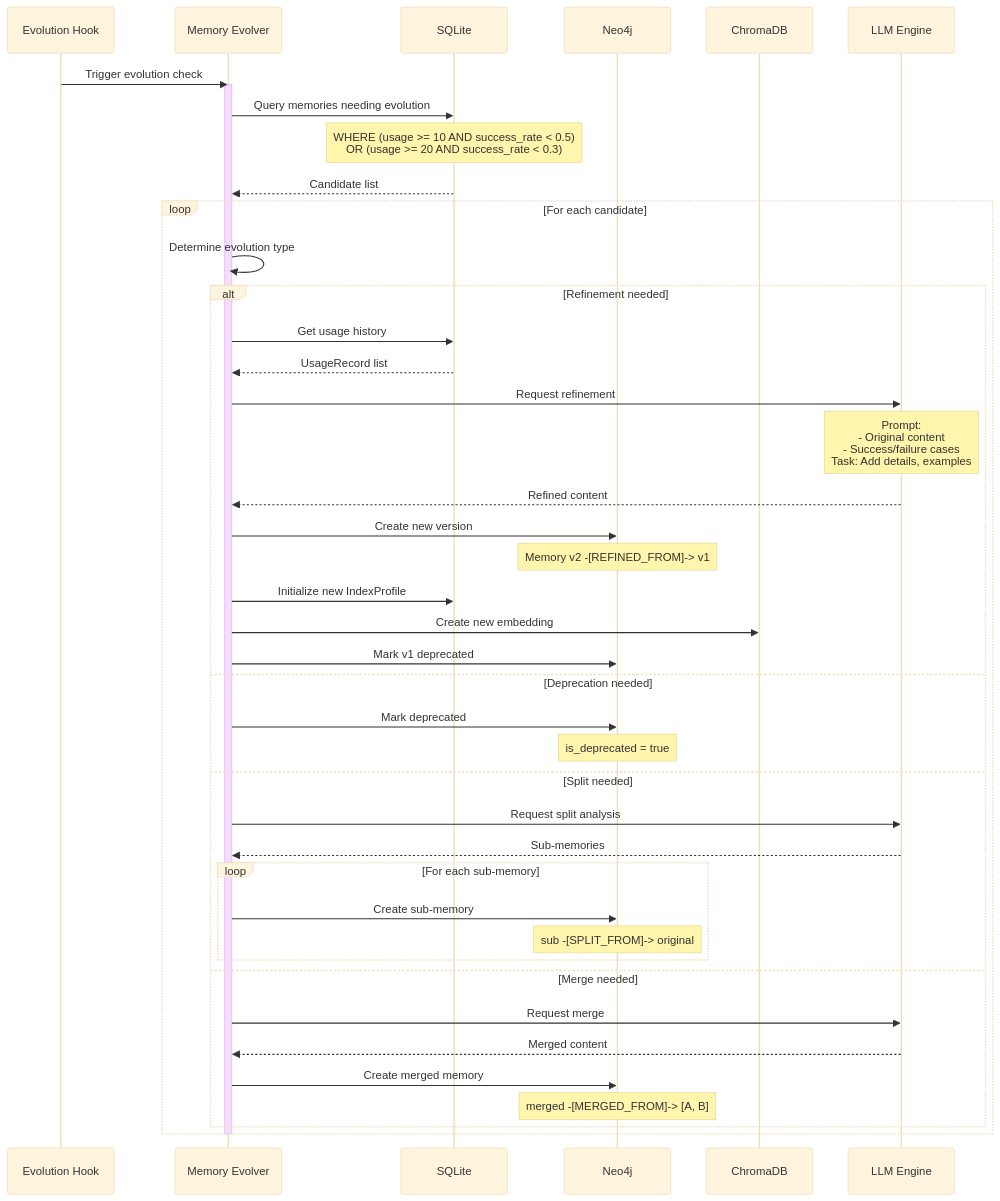
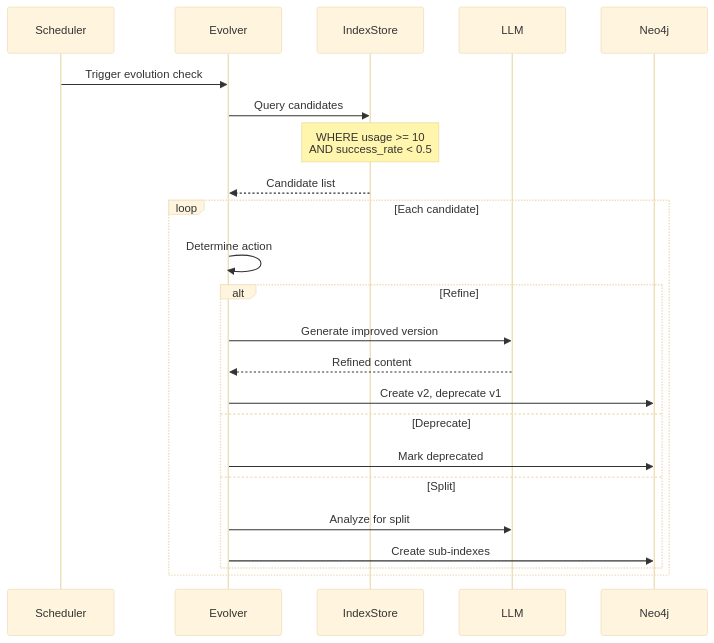
One commit to Lincyaw/h-mem changed the eighth of 9 diagrams in docs/workflows.md. Above: the diagram before and after it, drawn with Mermaid (base theme). The commit also changed other lines of this file and 3 other files, not shown here.

````diff
--- a/docs/workflows.md
+++ b/docs/workflows.md
@@ -208,59 +263,27 @@
 ```mermaid
 sequenceDiagram
-    participant HOOK as Evolution Hook
-    participant EVO as Memory Evolver
-    participant SQL as SQLite
-    participant GDB as Neo4j
-    participant VDB as ChromaDB
-    participant LLM as LLM Engine
+    participant SCH as Scheduler
+    participant EVO as Evolver
+    participant IDX as IndexStore
+    participant LLM as LLM
+    participant L3 as Neo4j
 
-    HOOK->>EVO: Trigger evolution check
-    activate EVO
+    SCH->>EVO: Trigger evolution check
+    EVO->>IDX: Query candidates
+    Note over IDX: WHERE usage >= 10<br/>AND success_rate < 0.5
+    IDX-->>EVO: Candidate list
 
-    EVO->>SQL: Query memories needing evolution
-    Note over SQL: WHERE (usage >= 10 AND success_rate < 0.5)<br/>OR (usage >= 20 AND success_rate < 0.3)
-    SQL-->>EVO: Candidate list
-
-    loop For each candidate
-        EVO->>EVO: Determine evolution type
-
-        alt Refinement needed
-            EVO->>SQL: Get usage history
-            SQL-->>EVO: UsageRecord list
-
-            EVO->>LLM: Request refinement
-            Note over LLM: Prompt:<br/>- Original content<br/>- Success/failure cases<br/>Task: Add details, examples
-
+    loop Each candidate
+        EVO->>EVO: Determine action
+        alt Refine
+            EVO->>LLM: Generate improved version
             LLM-->>EVO: Refined content
-
-            EVO->>GDB: Create new version
-            Note over GDB: Memory v2 -[REFINED_FROM]-> v1
-
-            EVO->>SQL: Initialize new IndexProfile
-            EVO->>VDB: Create new embedding
-            EVO->>GDB: Mark v1 deprecated
-
-        else Deprecation needed
-            EVO->>GDB: Mark deprecated
-            Note over GDB: is_deprecated = true
-
-        else Split needed
-            EVO->>LLM: Request split analysis
-            LLM-->>EVO: Sub-memories
-
-            loop For each sub-memory
-                EVO->>GDB: Create sub-memory
-                Note over GDB: sub -[SPLIT_FROM]-> original
-            end
-
-        else Merge needed
-            EVO->>LLM: Request merge
-            LLM-->>EVO: Merged content
-
-            EVO->>GDB: Create merged memory
-            Note over GDB: merged -[MERGED_FROM]-> [A, B]
+            EVO->>L3: Create v2, deprecate v1
+        else Deprecate
+            EVO->>L3: Mark deprecated
+        else Split
+            EVO->>LLM: Analyze for split
+            EVO->>L3: Create sub-indexes
         end
     end
-
-    deactivate EVO
 ```
````
